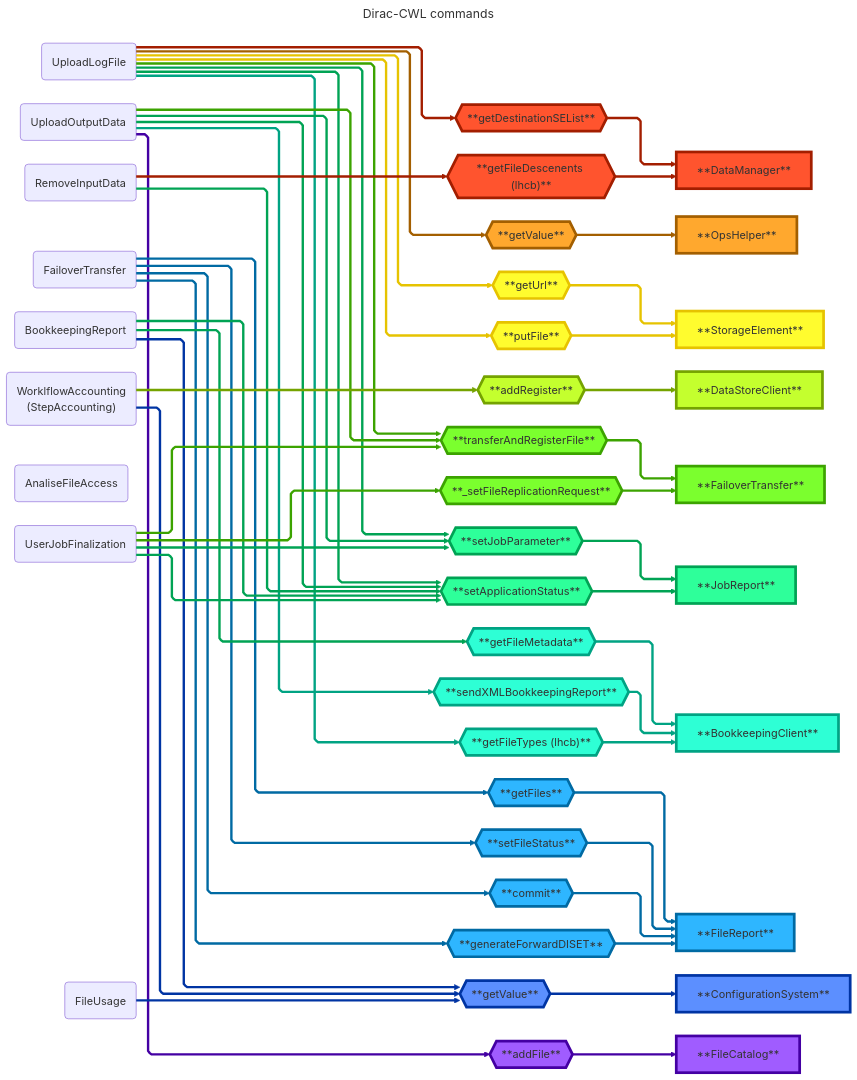
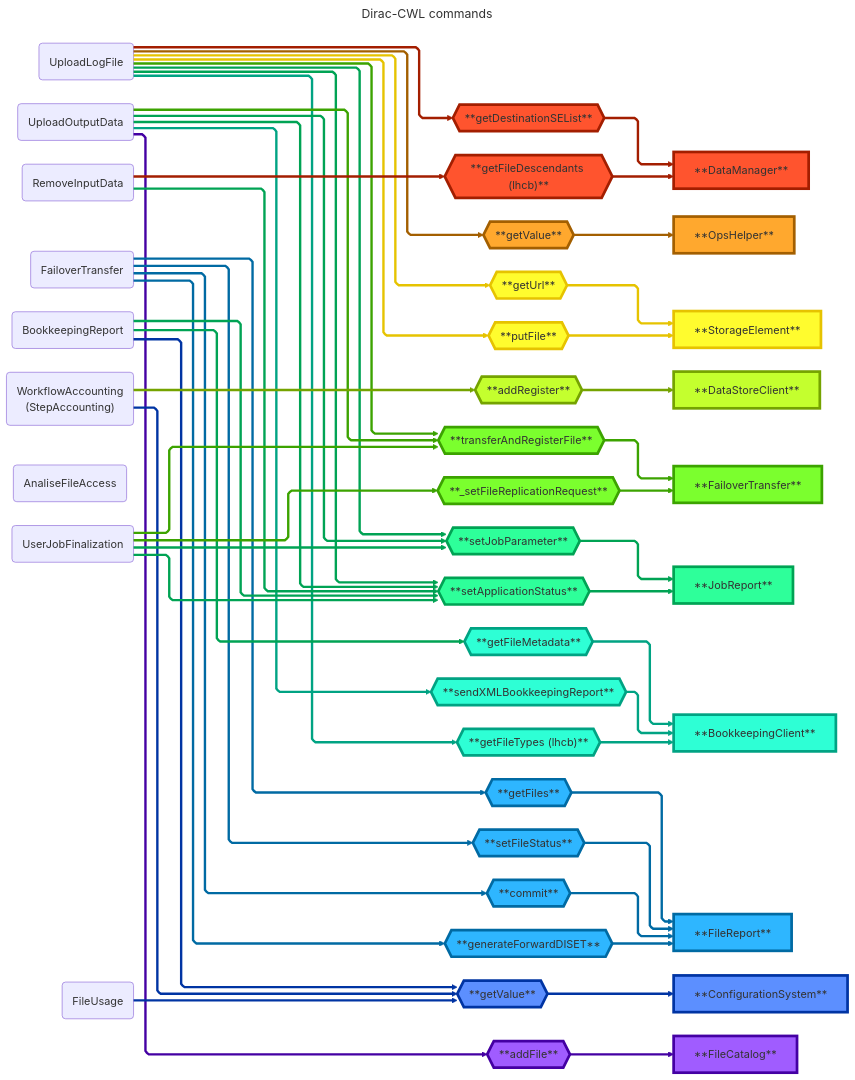
The fifth of 5 diagrams in docs/design/lhcb-workflows.md (DIRACGrid/dirac-cwl), drawn with Mermaid before and after one commit.

Commit message:
docs(lhcb-workflows): Fix spelling

```diff
--- a/docs/design/lhcb-workflows.md
+++ b/docs/design/lhcb-workflows.md
@@ -256,14 +256,14 @@
 
     getDestinationSEList{{**getDestinationSEList**}}
     getDestinationSEList getDestinationSEList_l@===> DataManager
-    getFileDescenents{{"**getFileDescenents (lhcb)**"}}
-    getFileDescenents getFileDescenents_l@===> DataManager
+    getFileDescendants{{"**getFileDescendants (lhcb)**"}}
+    getFileDescendants getFileDescendants_l@===> DataManager
     DataManager[**DataManager**]
 
     classDef DataManagerLink stroke:#A31E00
     classDef DataManagerNode fill:#FF542E,stroke:#A31E00,stroke-width:4px ;
-    class DataManager,getDestinationSEList,getFileDescenents DataManagerNode
-    class getDestinationSEList_l,getFileDescenents_l DataManagerLink
+    class DataManager,getDestinationSEList,getFileDescendants DataManagerNode
+    class getDestinationSEList_l,getFileDescendants_l DataManagerLink
 
     %% ======================
     %% OpsHelper
@@ -307,7 +307,7 @@
     class addRegister_l DataStoreClientLink
 
     %% ======================
-    %% FailverTransfer
+    %% FailoverTransfer
     %% ======================
 
     transferAndRegisterFile{{**transferAndRegisterFile**}}
@@ -439,7 +439,7 @@
 
     RemoveInputData("RemoveInputData")
 
-    RemoveInputData RemoveInputData_l1@===> getFileDescenents
+    RemoveInputData RemoveInputData_l1@===> getFileDescendants
     RemoveInputData RemoveInputData_l2@===> setApplicationStatus
 
     class RemoveInputData_l1 DataManagerLink
@@ -469,13 +469,13 @@
 
     %% ======================
 
-    WorklflowAccounting("WorklflowAccounting
+    WorkflowAccounting("WorkflowAccounting
     (StepAccounting)")
 
-    WorklflowAccounting WorklflowAccounting_l1@===> addRegister
-    WorklflowAccounting WorklflowAccounting_l2@===> getValueGconf
-    class WorklflowAccounting_l1 DataStoreClientLink
-    class WorklflowAccounting_l2 ConfigurationSystemLink
+    WorkflowAccounting WorkflowAccounting_l1@===> addRegister
+    WorkflowAccounting WorkflowAccounting_l2@===> getValueGconf
+    class WorkflowAccounting_l1 DataStoreClientLink
+    class WorkflowAccounting_l2 ConfigurationSystemLink
 
     %% ======================
 
```
